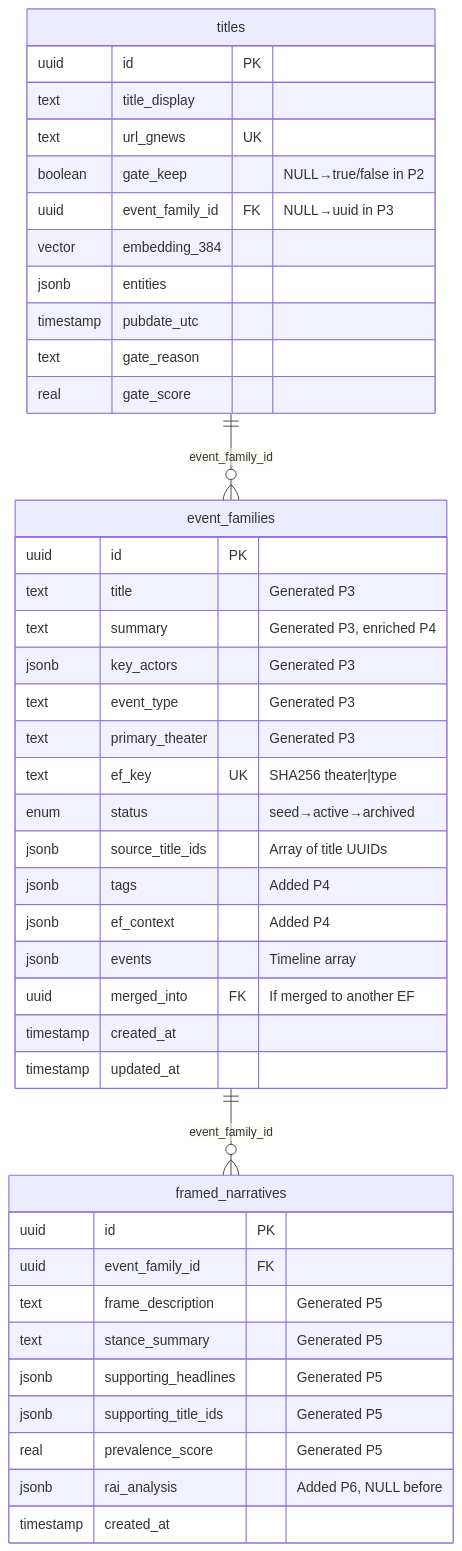
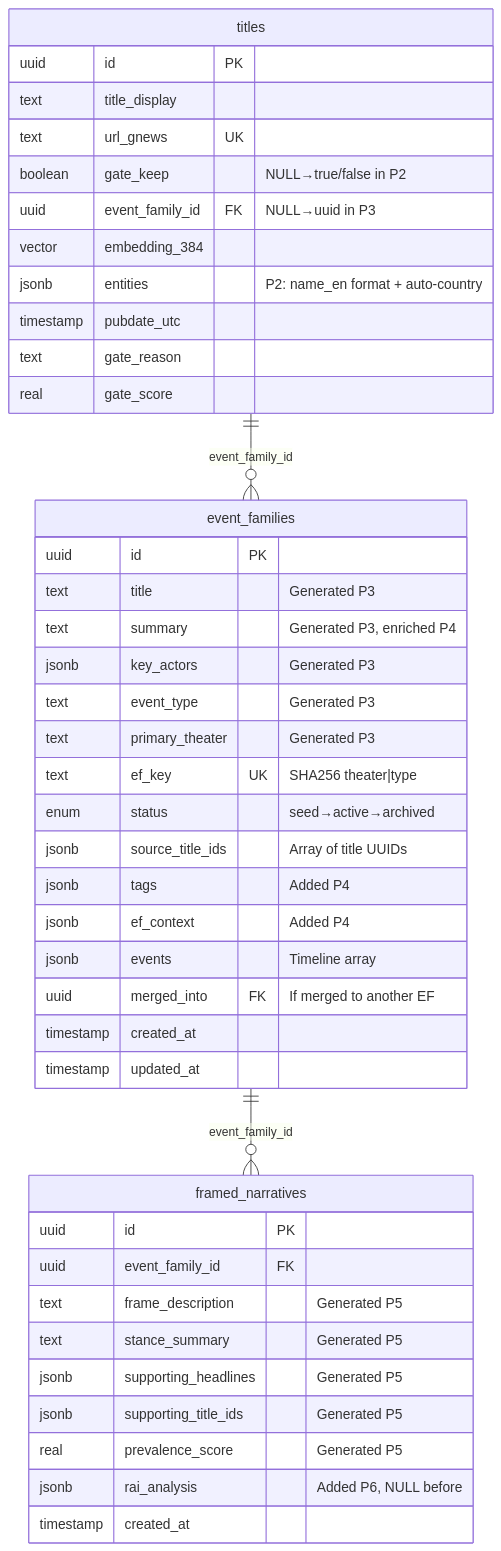
One commit to design4music/sni-platform changed the fourth of 5 diagrams in docs/PIPELINE_DIAGRAM.md. Above: the diagram before and after it, drawn with Mermaid. The commit also changed other lines of this file, not shown here.

First line of the commit message:
DOCS: Update PIPELINE_DIAGRAM.md with Phase 2 improvements

````diff
--- a/docs/PIPELINE_DIAGRAM.md
+++ b/docs/PIPELINE_DIAGRAM.md
@@ -167,48 +226,48 @@
 ```mermaid
 erDiagram
     titles ||--o{ event_families : "event_family_id"
     event_families ||--o{ framed_narratives : "event_family_id"
 
     titles {
         uuid id PK
         text title_display
         text url_gnews UK
         boolean gate_keep "NULL→true/false in P2"
         uuid event_family_id FK "NULL→uuid in P3"
         vector embedding_384
-        jsonb entities
+        jsonb entities "P2: name_en format + auto-country"
         timestamp pubdate_utc
         text gate_reason
         real gate_score
     }
 
     event_families {
         uuid id PK
         text title "Generated P3"
         text summary "Generated P3, enriched P4"
         jsonb key_actors "Generated P3"
         text event_type "Generated P3"
         text primary_theater "Generated P3"
         text ef_key UK "SHA256 theater|type"
         enum status "seed→active→archived"
         jsonb source_title_ids "Array of title UUIDs"
         jsonb tags "Added P4"
         jsonb ef_context "Added P4"
         jsonb events "Timeline array"
         uuid merged_into FK "If merged to another EF"
         timestamp created_at
         timestamp updated_at
     }
 
     framed_narratives {
         uuid id PK
         uuid event_family_id FK
         text frame_description "Generated P5"
         text stance_summary "Generated P5"
         jsonb supporting_headlines "Generated P5"
         jsonb supporting_title_ids "Generated P5"
         real prevalence_score "Generated P5"
         jsonb rai_analysis "Added P6, NULL before"
         timestamp created_at
     }
 ```
````
